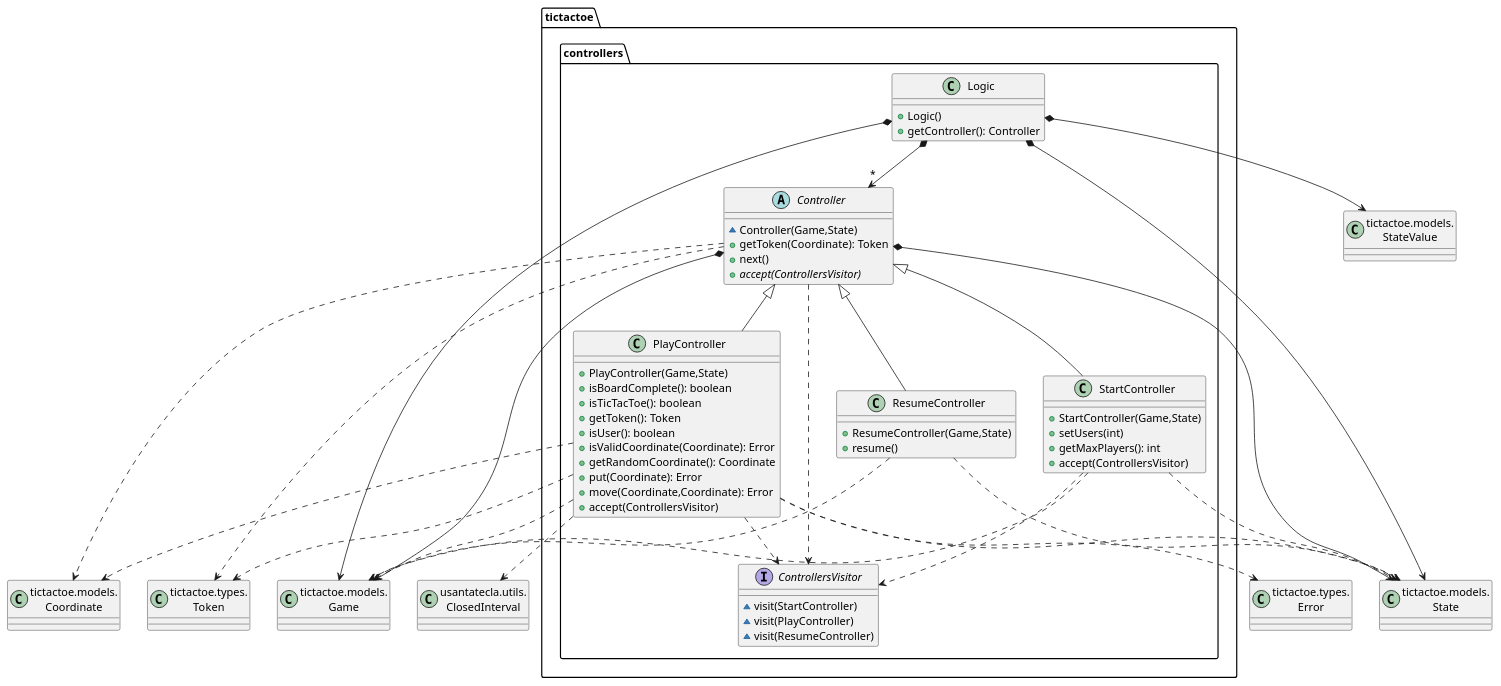
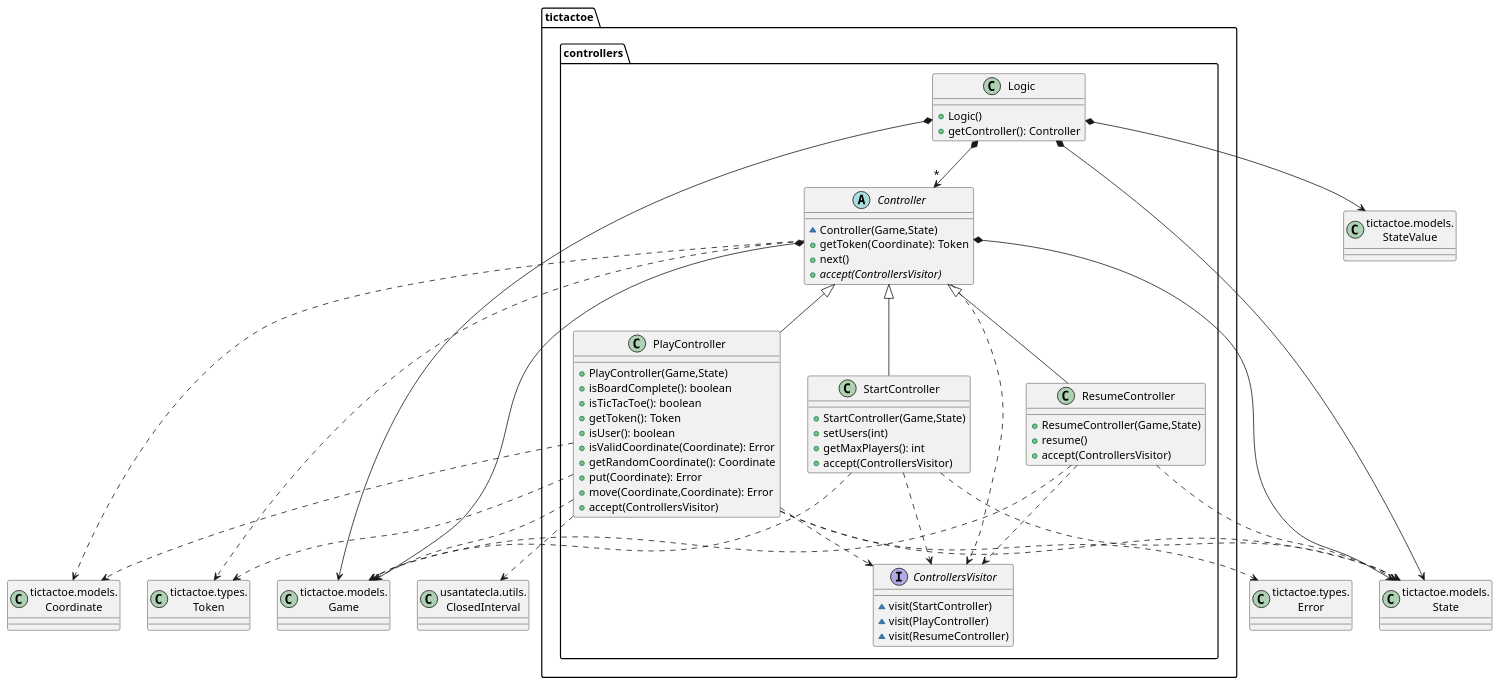
One commit to Jolucaa/USantaTecla-project-ticTacToe changed the seventh of 8 diagrams in modelViewPresenter/presentationModel/withDoubleDispatching/docs/diagrams/src/paquetes.plantuml. Above: the diagram before and after it, drawn with PlantUML.

Commit message:
[mvp.pm.withDoubleDispatching] Fix one diagram

```diff
--- a/modelViewPresenter/presentationModel/withDoubleDispatching/docs/diagrams/src/paquetes.plantuml
+++ b/modelViewPresenter/presentationModel/withDoubleDispatching/docs/diagrams/src/paquetes.plantuml
@@ -319,77 +319,79 @@
 @startuml paqueteTicTacToeControllers
 class Game as "tictactoe.models.\nGame" {}
 class Coordinate as "tictactoe.models.\nCoordinate" {}
 class Error as "tictactoe.types.\nError" {}
 class Token as "tictactoe.types.\nToken" {}
 class State as "tictactoe.models.\nState" {}
 class StateValue as "tictactoe.models.\nStateValue" {}
 class ClosedInterval as "usantatecla.utils.\nClosedInterval" {}
 
 abstract class tictactoe.controllers.Controller{
   ~ Controller(Game,State)
   + getToken(Coordinate): Token
   + next()
   + {abstract} accept(ControllersVisitor)
 }
 tictactoe.controllers.Controller *-down-> Game
 tictactoe.controllers.Controller *-down-> State
 tictactoe.controllers.Controller .down.> Coordinate
 tictactoe.controllers.Controller .down.> Token
 tictactoe.controllers.Controller .down.> tictactoe.controllers.ControllersVisitor
 
 interface tictactoe.controllers.ControllersVisitor{
   ~ visit(StartController)
   ~ visit(PlayController)
   ~ visit(ResumeController)
 }
 
 class tictactoe.controllers.Logic{
   + Logic()
   + getController(): Controller
 }
 
 tictactoe.controllers.Logic *-down-> Game
 tictactoe.controllers.Logic *-down-> State
 tictactoe.controllers.Logic *-down-> StateValue
 tictactoe.controllers.Logic *-down-> "*"tictactoe.controllers.Controller
 
 class tictactoe.controllers.PlayController{
   + PlayController(Game,State)
   + isBoardComplete(): boolean
   + isTicTacToe(): boolean
   + getToken(): Token
   + isUser(): boolean
   + isValidCoordinate(Coordinate): Error
   + getRandomCoordinate(): Coordinate
   + put(Coordinate): Error
   + move(Coordinate,Coordinate): Error
   + accept(ControllersVisitor)
 }
 tictactoe.controllers.Controller <|-down- tictactoe.controllers.PlayController
 tictactoe.controllers.PlayController .down.> Coordinate
 tictactoe.controllers.PlayController .down.> Error
 tictactoe.controllers.PlayController .down.> Game
 tictactoe.controllers.PlayController .down.> Token
 tictactoe.controllers.PlayController .down.> State
 tictactoe.controllers.PlayController .down.> ClosedInterval
 tictactoe.controllers.PlayController .down.> tictactoe.controllers.ControllersVisitor
 
 class tictactoe.controllers.ResumeController{
   + ResumeController(Game,State)
   + resume()
+  + accept(ControllersVisitor)
 }
 tictactoe.controllers.Controller <|-down- tictactoe.controllers.ResumeController
 tictactoe.controllers.ResumeController .down.> Game
 tictactoe.controllers.ResumeController .down.> State
+tictactoe.controllers.ResumeController .down.> tictactoe.controllers.ControllersVisitor
 
 class tictactoe.controllers.StartController{
   + StartController(Game,State)
   + setUsers(int)
   + getMaxPlayers(): int
   + accept(ControllersVisitor)
 }
 tictactoe.controllers.Controller <|-down- tictactoe.controllers.StartController
 tictactoe.controllers.StartController .down.> Game
 tictactoe.controllers.StartController .down.> State
 tictactoe.controllers.StartController .down.> tictactoe.controllers.ControllersVisitor
 @enduml
```
